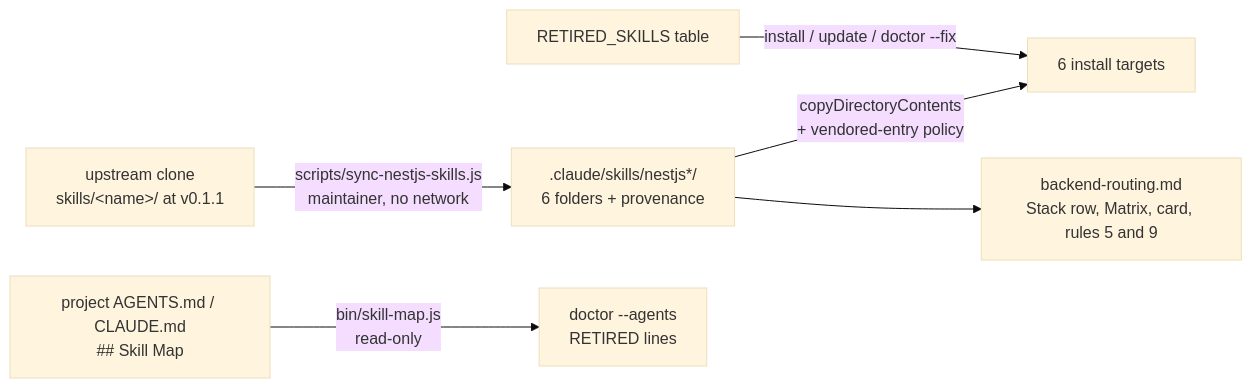
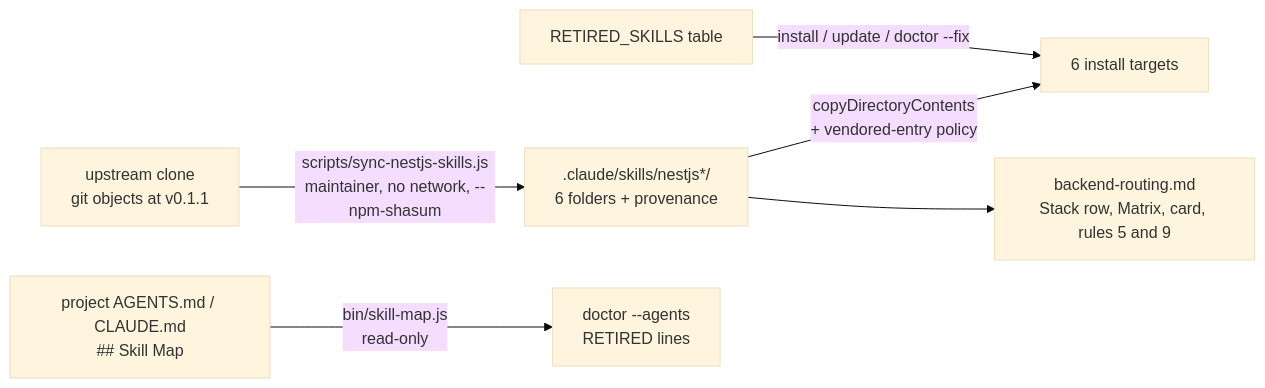
One commit to JuankCadavid/akili-specs changed the diagram in docs/specs/changes/nestjs-official-skills/design.md. Above: the diagram before and after it, drawn with Mermaid (base theme). The commit also changed other lines of this file and 2 other files, not shown here.

Commit message:
[SPEC:changes/nestjs-official-skills] design: Judgment Day fix only (C-1..C-3, S-1, I-1..I-7, I-11, I-12), fixed, not re-judged

````diff
--- a/docs/specs/changes/nestjs-official-skills/design.md
+++ b/docs/specs/changes/nestjs-official-skills/design.md
@@ -32,8 +35,8 @@
 ```mermaid
 flowchart LR
-  U[upstream clone<br/>skills/&lt;name&gt;/ at v0.1.1] -->|scripts/sync-nestjs-skills.js<br/>maintainer, no network| V[.claude/skills/nestjs*/<br/>6 folders + provenance]
+  U[upstream clone<br/>git objects at v0.1.1] -->|scripts/sync-nestjs-skills.js<br/>maintainer, no network, --npm-shasum| V[.claude/skills/nestjs*/<br/>6 folders + provenance]
   V -->|copyDirectoryContents<br/>+ vendored-entry policy| T[6 install targets]
   R[RETIRED_SKILLS table] -->|install / update / doctor --fix| T
   SM[project AGENTS.md / CLAUDE.md<br/>## Skill Map] -->|bin/skill-map.js<br/>read-only| D[doctor --agents<br/>RETIRED lines]
   V --> BR[backend-routing.md<br/>Stack row, Matrix, card, rules 5 and 9]
 ```
````
